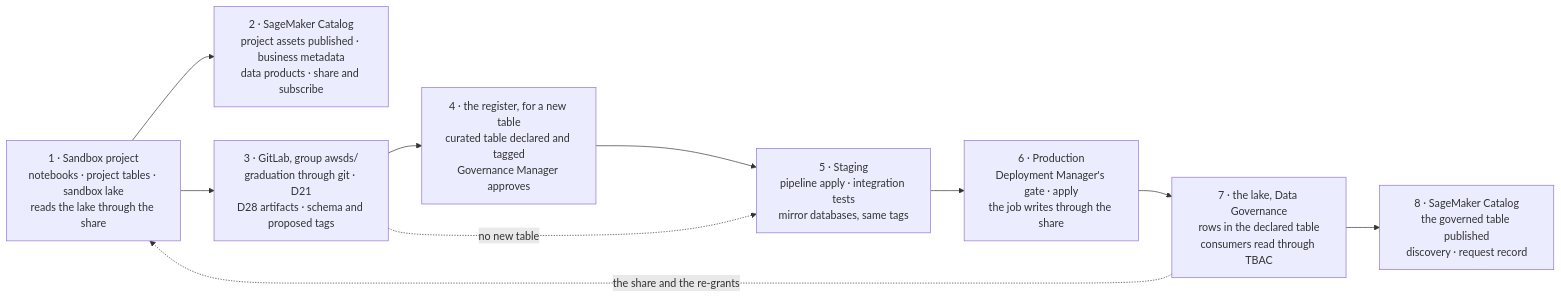
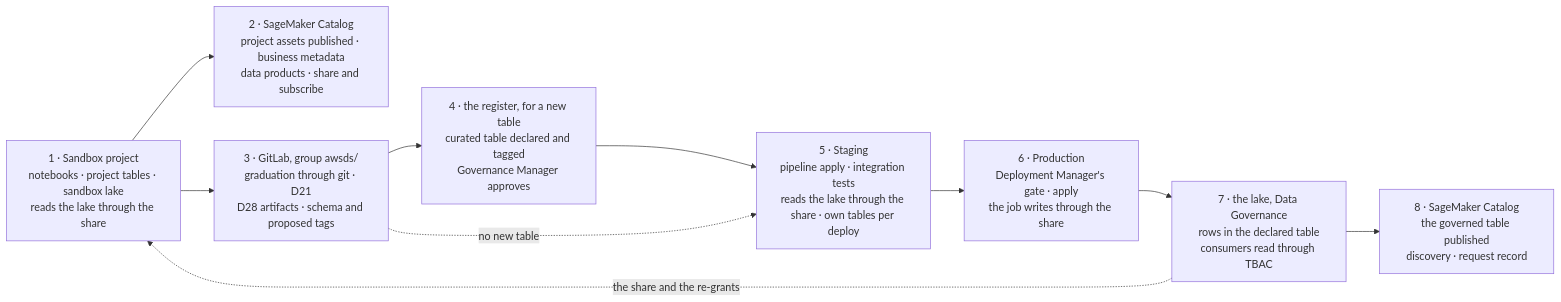
The second of 2 diagrams in docs/GOVERNANCE.md (felipenoris/AWS-DataScience), drawn with Mermaid before and after one commit. The commit also changed other lines of this file and 6 other files, not shown here.

````diff
--- a/docs/GOVERNANCE.md
+++ b/docs/GOVERNANCE.md
@@ -649,20 +649,20 @@
 ```mermaid
 flowchart LR
     A["1 · Sandbox project<br/>notebooks · project tables · sandbox lake<br/>reads the lake through the share"]
     B["2 · SageMaker Catalog<br/>project assets published · business metadata<br/>data products · share and subscribe"]
     C["3 · GitLab, group awsds/<br/>graduation through git · D21<br/>D28 artifacts · schema and proposed tags"]
     R["4 · the register, for a new table<br/>curated table declared and tagged<br/>Governance Manager approves"]
-    D["5 · Staging<br/>pipeline apply · integration tests<br/>mirror databases, same tags"]
+    D["5 · Staging<br/>pipeline apply · integration tests<br/>reads the lake through the share · own tables per deploy"]
     E["6 · Production<br/>Deployment Manager's gate · apply<br/>the job writes through the share"]
     F["7 · the lake, Data Governance<br/>rows in the declared table<br/>consumers read through TBAC"]
     G["8 · SageMaker Catalog<br/>the governed table published<br/>discovery · request record"]
     A --> B
     A --> C
     C --> R
     R --> D
     C -.->|"no new table"| D
     D --> E
     E --> F
     F --> G
     F -.->|"the share and the re-grants"| A
 ```
````
